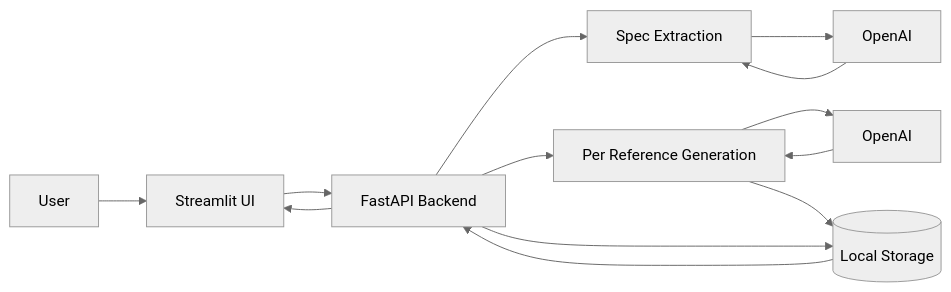
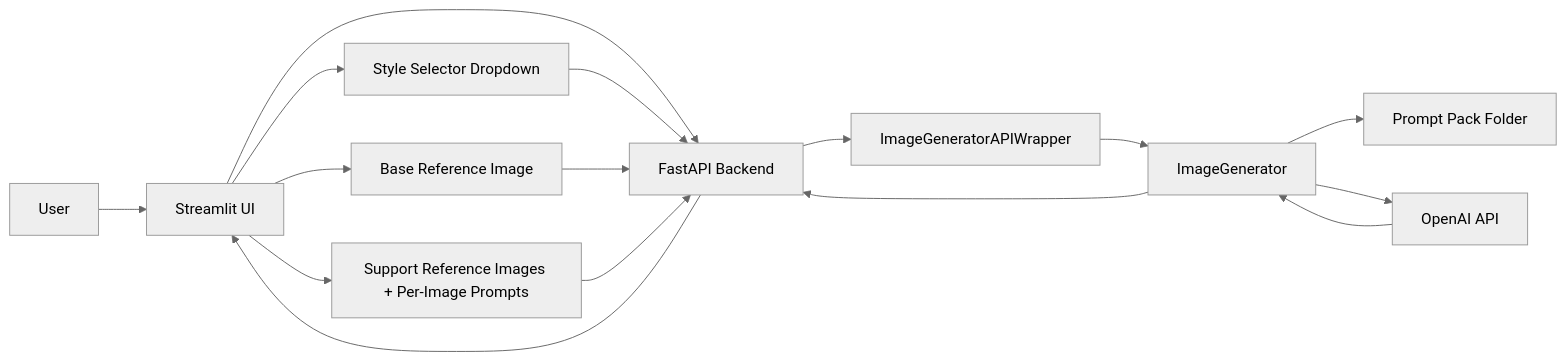
Before and after one commit to sharath1996/ai-based-architectural-design-renderer: the diagram in app_needs.md, drawn with Mermaid (neutral theme). The commit also changed other lines of this file and 9 other files, not shown here.

Commit message:
Enhance AI Photo Studio with support for multiple photography styles, including prompt pack management, support reference prompts, and refined image generation logic.

````diff
--- a/app_needs.md
+++ b/app_needs.md
@@ -51,19 +86,24 @@
 ```mermaid
 flowchart LR
     U[User] --> UI[Streamlit UI]
     UI --> API[FastAPI Backend]
 
-    API --> EXTRACT[Spec Extraction]
-    EXTRACT --> OAI1[OpenAI]
-    OAI1 --> EXTRACT
+    UI --> STY[Style Selector Dropdown]
+    STY --> API
 
-    API --> GEN[Per Reference Generation]
-    GEN --> OAI2[OpenAI]
-    OAI2 --> GEN
+    API --> WRAP[ImageGeneratorAPIWrapper]
+    WRAP --> GENCLASS[ImageGenerator]
 
-    GEN --> STORE[(Local Storage)]
-    API --> STORE
+    UI --> BASE[Base Reference Image]
+    UI --> SUP[Support Reference Images + Per-Image Prompts]
 
-    STORE --> API
+    BASE --> API
+    SUP --> API
+
+    GENCLASS --> PACK[Prompt Pack Folder]
+    GENCLASS --> OAI[OpenAI API]
+
+    OAI --> GENCLASS
+    GENCLASS --> API
     API --> UI
 ```
````
